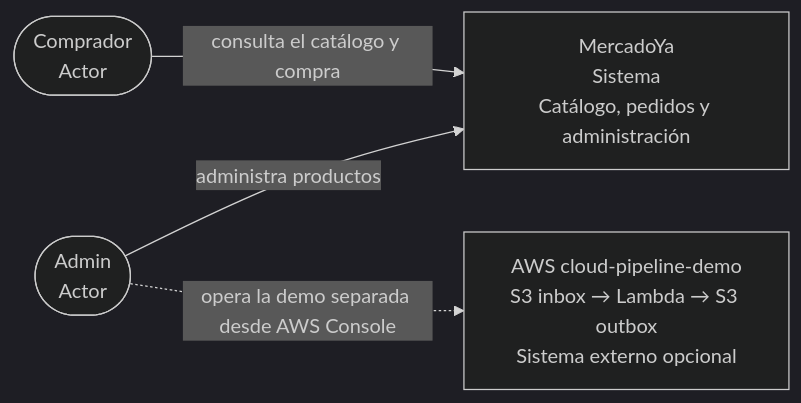
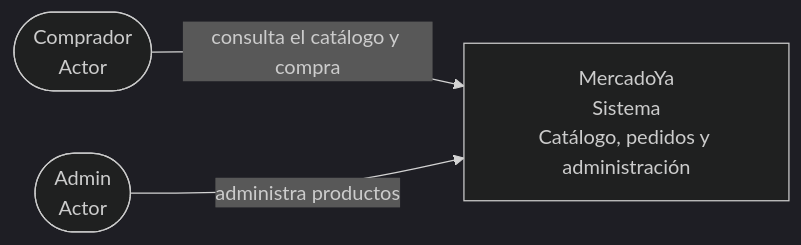
One commit to rodrigop23/mercadoya-curso-asd changed the diagram in docs/diagrams/c4-1-context.md. Above: the diagram before and after it, drawn with Mermaid (dark theme). The commit also changed other lines of this file and 18 other files, not shown here.

Commit message:
docs(architecture): documentar servicios y diagramas S5

````diff
--- a/docs/diagrams/c4-1-context.md
+++ b/docs/diagrams/c4-1-context.md
@@ -5,11 +5,8 @@
 ```mermaid
 flowchart LR
   buyer(["Comprador<br/>Actor"])
   admin(["Admin<br/>Actor"])
   mercadoya["MercadoYa<br/>Sistema<br/>Catálogo, pedidos y administración"]
-  cloud["AWS cloud-pipeline-demo<br/>S3 inbox → Lambda → S3 outbox<br/>Sistema externo opcional"]
-
   buyer -->|consulta el catálogo y compra| mercadoya
   admin -->|administra productos| mercadoya
-  admin -.->|opera la demo separada desde AWS Console| cloud
 ```
````
